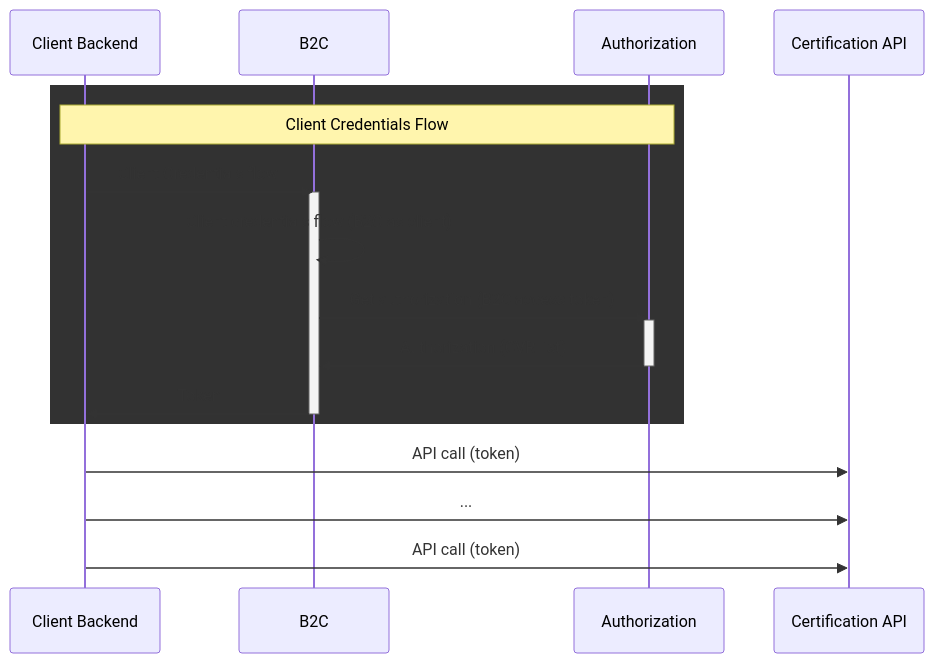
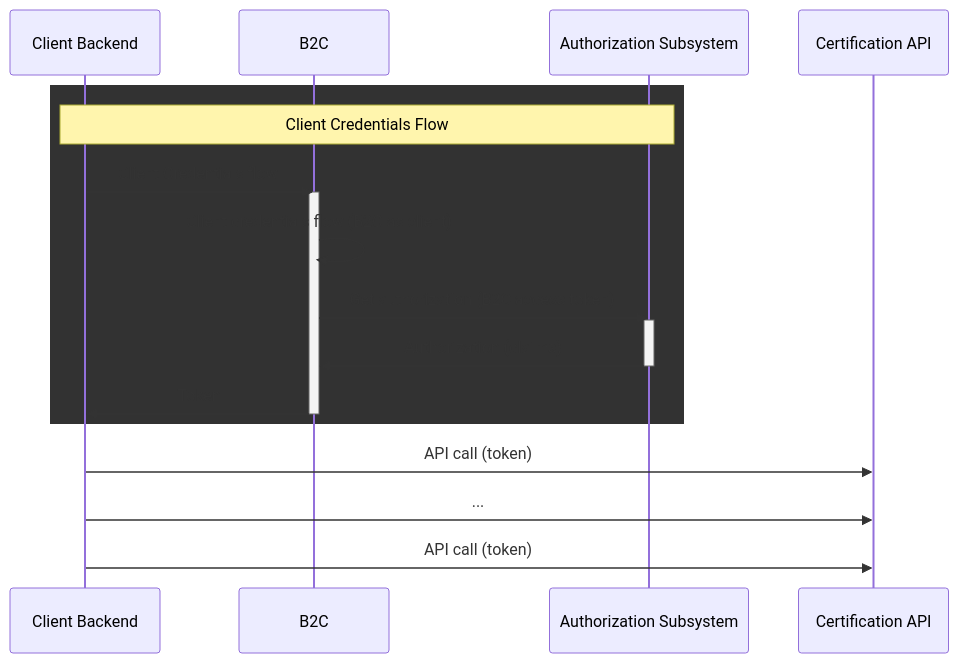
The fourth of 7 diagrams in doc/architecture/domains/authorization.md (Energinet-DataHub/energy-origin), drawn with Mermaid before and after one commit. The commit also changed other lines of this file and 3 other files, not shown here.

````diff
--- a/doc/architecture/domains/authorization.md
+++ b/doc/architecture/domains/authorization.md
@@ -155,24 +149,24 @@
 ```mermaid
 sequenceDiagram
     participant ClientApp as Client Backend
     participant B2C as B2C
-    participant Auth as Authorization
+    participant Auth as Authorization Subsystem
     participant Cert as Certification API
 
     rect rgb(50, 50, 50)
         note over ClientApp,Auth: Client Credentials Flow
         ClientApp->>B2C: Client Credentials flow
         activate B2C
         B2C->>B2C: Client credentials flow (B2C as client)
         B2C->>Auth: Get authorization (B2C access token)
         activate Auth
-        Auth->>B2C: Authorization (CVR list)
+        Auth->>B2C: Authorization (claims)
         deactivate Auth
         B2C->>ClientApp: Token
         deactivate B2C
     end
 
     ClientApp->>Cert: API call (token)
     ClientApp->>Cert: ...
     ClientApp->>Cert: API call (token)
 ```
````
